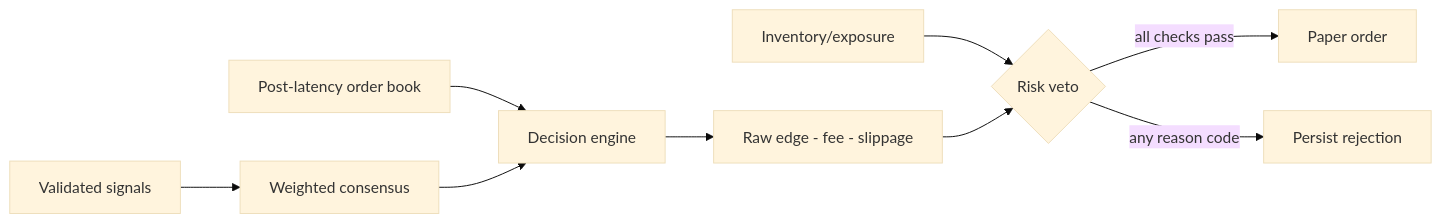
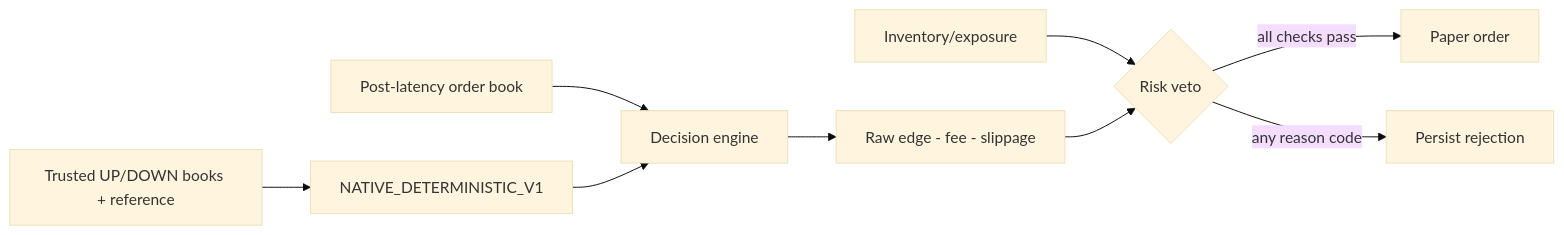
The fourth of 4 diagrams in README.md (mstfgncr23-eng/Polymarket-Engine), drawn with Mermaid (base theme) before and after one commit. The commit also changed other lines of this file and 28 other files, not shown here.

Commit message:
feat: make native deterministic model the decision authority

````diff
--- a/README.md
+++ b/README.md
@@ -153,11 +149,11 @@
 ```mermaid
 flowchart LR
-  S[Validated signals] --> C[Weighted consensus]
+  B0[Trusted UP/DOWN books + reference] --> N[NATIVE_DETERMINISTIC_V1]
   B[Post-latency order book] --> D[Decision engine]
-  C --> D
+  N --> D
   D --> E[Raw edge - fee - slippage]
   I[Inventory/exposure] --> R{Risk veto}
   E --> R
   R -->|all checks pass| P[Paper order]
   R -->|any reason code| V[Persist rejection]
 ```
````
